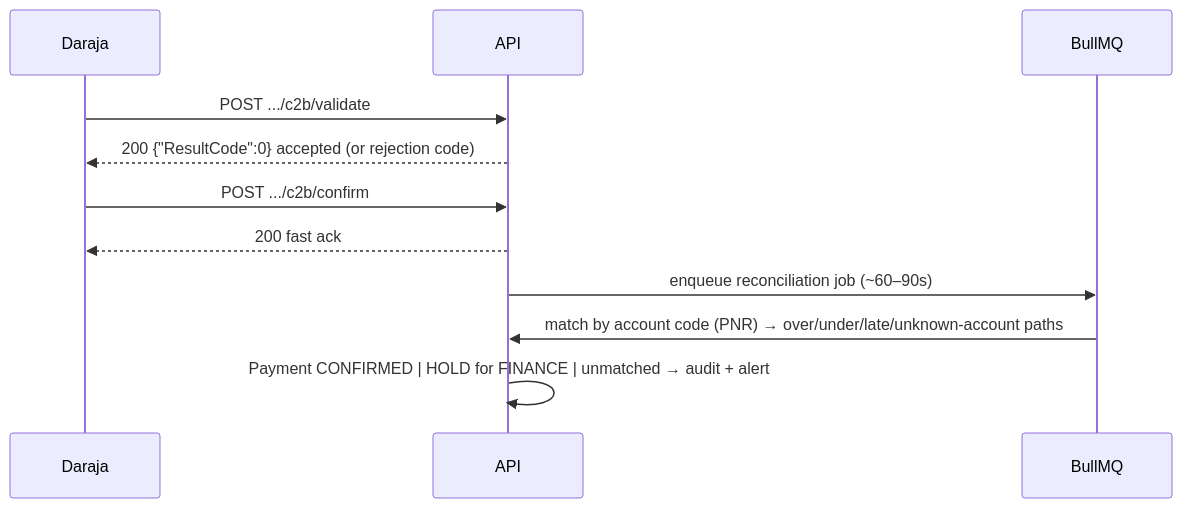
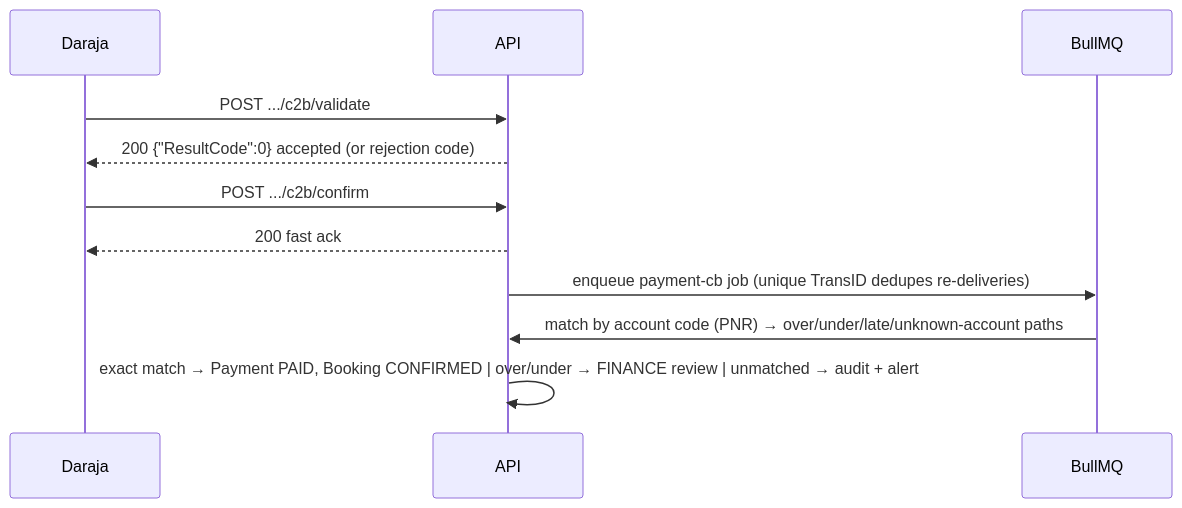
One commit to thao-glitch/kenyaairways changed the third of 3 diagrams in docs/ARCHITECTURE.md. Above: the diagram before and after it, drawn with Mermaid. The commit also changed other lines of this file and 30 other files, not shown here.

````diff
--- a/docs/ARCHITECTURE.md
+++ b/docs/ARCHITECTURE.md
@@ -235,13 +242,13 @@
 ```mermaid
 sequenceDiagram
     participant D as Daraja
     participant A as API
     participant Q as BullMQ
     D->>A: POST .../c2b/validate
     A-->>D: 200 {"ResultCode":0} accepted (or rejection code)
     D->>A: POST .../c2b/confirm
     A-->>D: 200 fast ack
-    A->>Q: enqueue reconciliation job (~60–90s)
+    A->>Q: enqueue payment-cb job (unique TransID dedupes re-deliveries)
     Q->>A: match by account code (PNR) → over/under/late/unknown-account paths
-    A->>A: Payment CONFIRMED | HOLD for FINANCE | unmatched → audit + alert
+    A->>A: exact match → Payment PAID, Booking CONFIRMED | over/under → FINANCE review | unmatched → audit + alert
 ```
````
